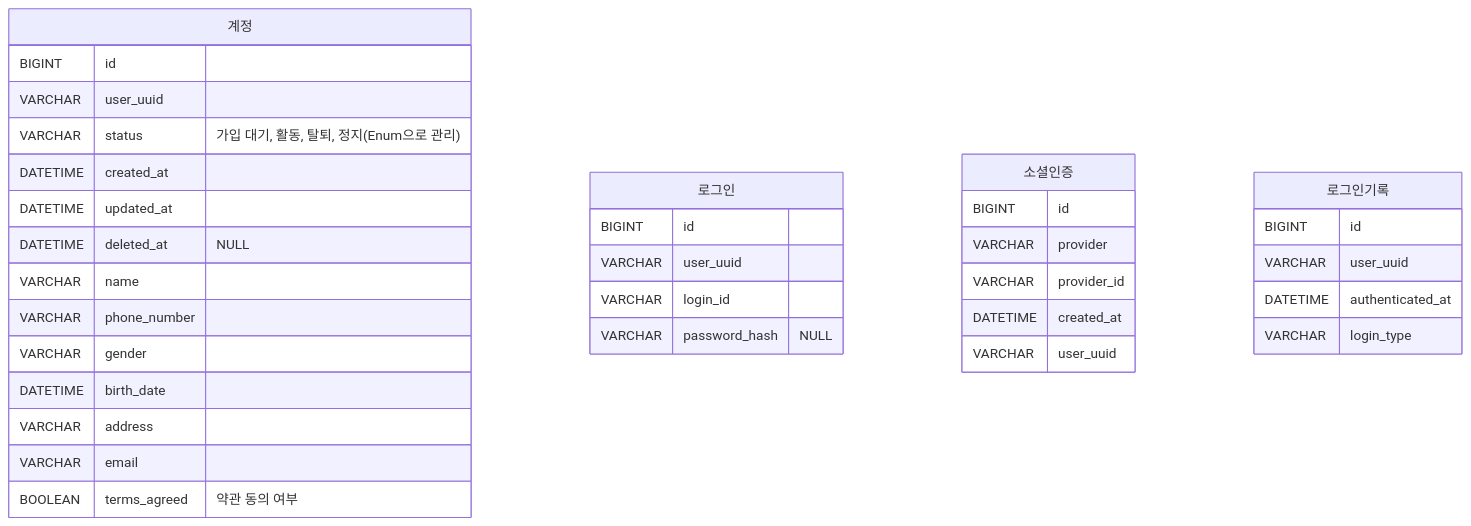
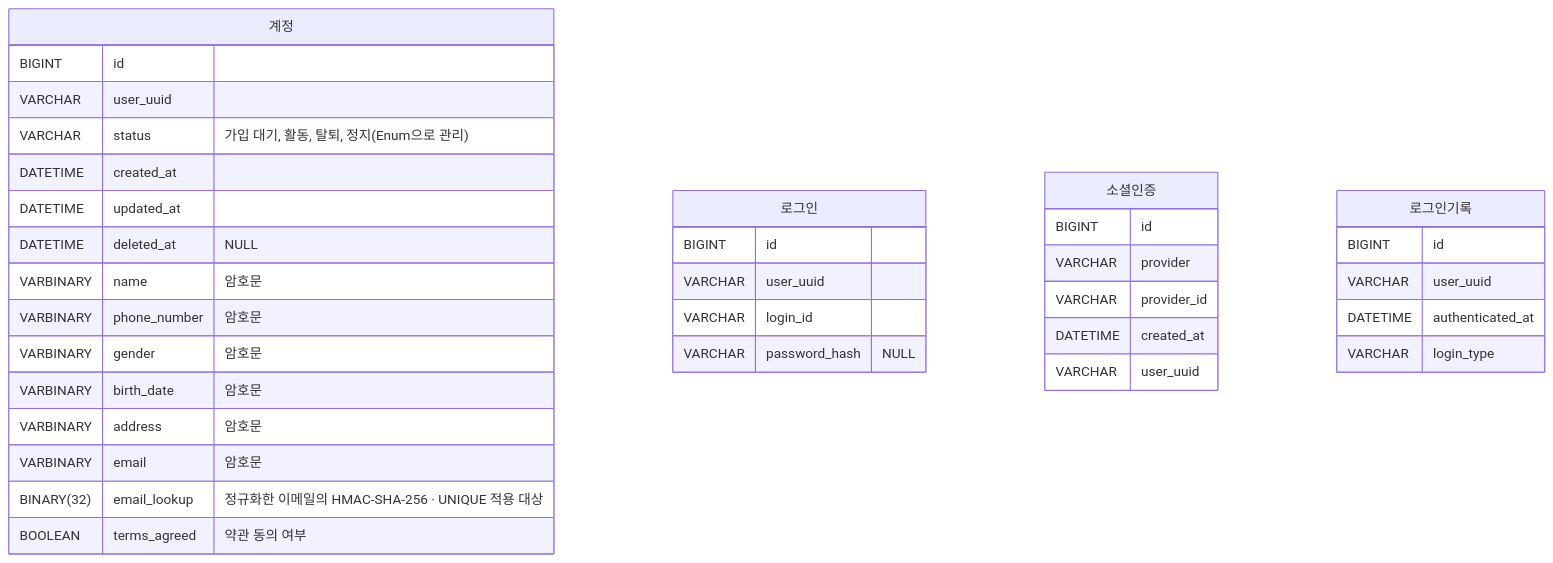
The first of 7 diagrams in docs/erd.md (louie-kury/louie-kury-document), drawn with Mermaid before and after one commit. The commit also changed other lines of this file and 2 other files, not shown here.

````diff
--- a/docs/erd.md
+++ b/docs/erd.md
@@ -41,37 +42,38 @@
 ```mermaid
 erDiagram
     "계정" {
         BIGINT id
         VARCHAR user_uuid
         VARCHAR status "가입 대기, 활동, 탈퇴, 정지(Enum으로 관리)"
         DATETIME created_at
         DATETIME updated_at
         DATETIME deleted_at "NULL"
-        VARCHAR name
-        VARCHAR phone_number
-        VARCHAR gender
-        DATETIME birth_date
-        VARCHAR address
-        VARCHAR email
+        VARBINARY name "암호문"
+        VARBINARY phone_number "암호문"
+        VARBINARY gender "암호문"
+        VARBINARY birth_date "암호문"
+        VARBINARY address "암호문"
+        VARBINARY email "암호문"
+        BINARY(32) email_lookup "정규화한 이메일의 HMAC-SHA-256 · UNIQUE 적용 대상"
         BOOLEAN terms_agreed "약관 동의 여부"
     }
     "로그인" {
         BIGINT id
         VARCHAR user_uuid
         VARCHAR login_id
         VARCHAR password_hash "NULL"
     }
     "소셜인증" {
         BIGINT id
         VARCHAR provider
         VARCHAR provider_id
         DATETIME created_at
         VARCHAR user_uuid
     }
     "로그인기록" {
         BIGINT id
         VARCHAR user_uuid
         DATETIME authenticated_at
         VARCHAR login_type
     }
 ```
````
